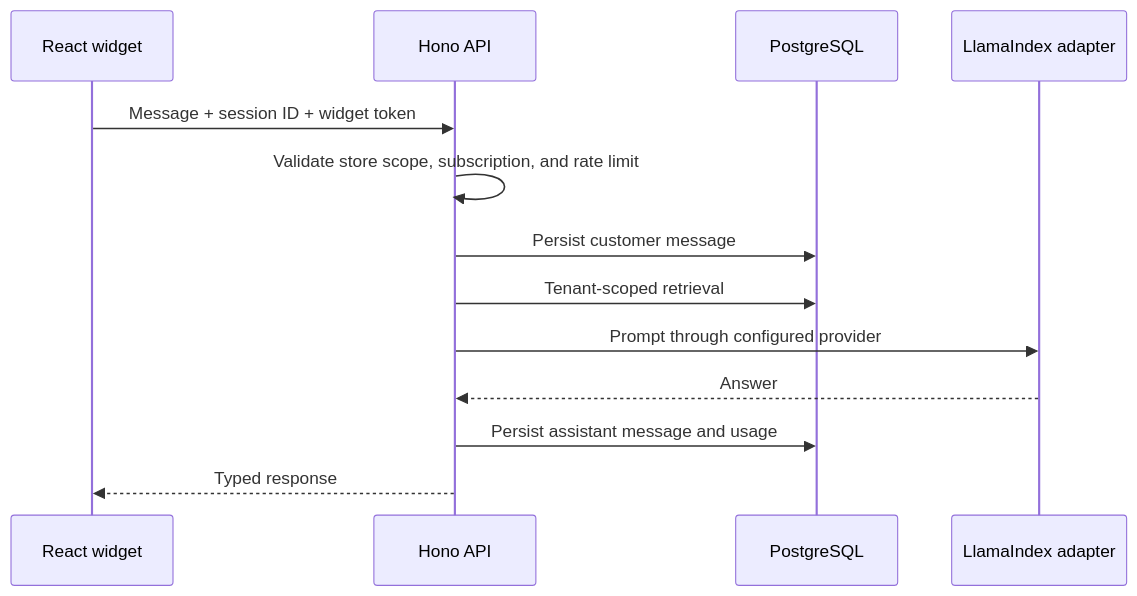
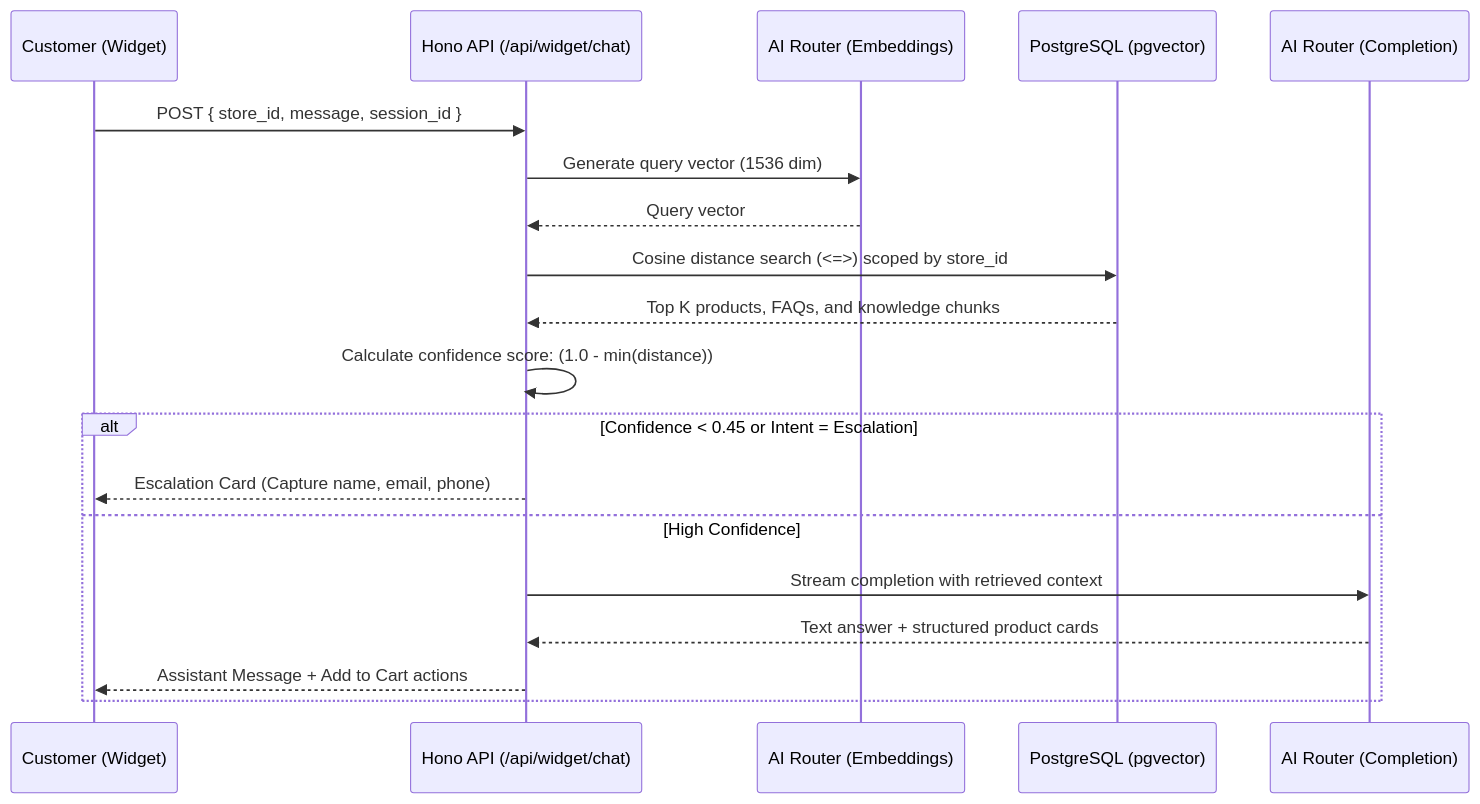
The fourth of 5 diagrams in _docs/architecture.md (aji-pratama/woocs), drawn with Mermaid before and after one commit. The commit also changed other lines of this file and 2 other files, not shown here.

Commit message:
docs: update README, architecture, and PRD documents with current tech stack and setup workflows

````diff
--- a/_docs/architecture.md
+++ b/_docs/architecture.md
@@ -425,16 +207,23 @@
 ```mermaid
 sequenceDiagram
-    participant Widget as React widget
-    participant API as Hono API
-    participant DB as PostgreSQL
-    participant AI as LlamaIndex adapter
+    participant Customer as Customer (Widget)
+    participant API as Hono API (/api/widget/chat)
+    participant AI as AI Router (Embeddings)
+    participant DB as PostgreSQL (pgvector)
+    participant LLM as AI Router (Completion)
 
-    Widget->>API: Message + session ID + widget token
-    API->>API: Validate store scope, subscription, and rate limit
-    API->>DB: Persist customer message
-    API->>DB: Tenant-scoped retrieval
-    API->>AI: Prompt through configured provider
-    AI-->>API: Answer
-    API->>DB: Persist assistant message and usage
-    API-->>Widget: Typed response
+    Customer->>API: POST { store_id, message, session_id }
+    API->>AI: Generate query vector (1536 dim)
+    AI-->>API: Query vector
+    API->>DB: Cosine distance search (<=>) scoped by store_id
+    DB-->>API: Top K products, FAQs, and knowledge chunks
+    API->>API: Calculate confidence score: (1.0 - min(distance))
+    
+    alt Confidence < 0.45 or Intent = Escalation
+        API-->>Customer: Escalation Card (Capture name, email, phone)
+    else High Confidence
+        API->>LLM: Stream completion with retrieved context
+        LLM-->>API: Text answer + structured product cards
+        API-->>Customer: Assistant Message + Add to Cart actions
+    end
 ```
````
